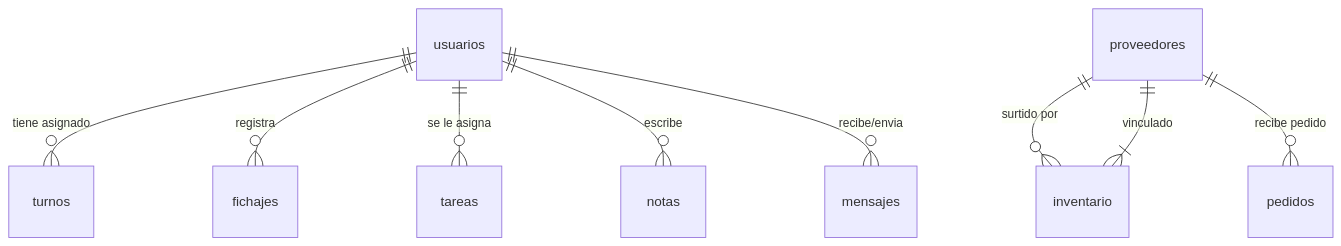
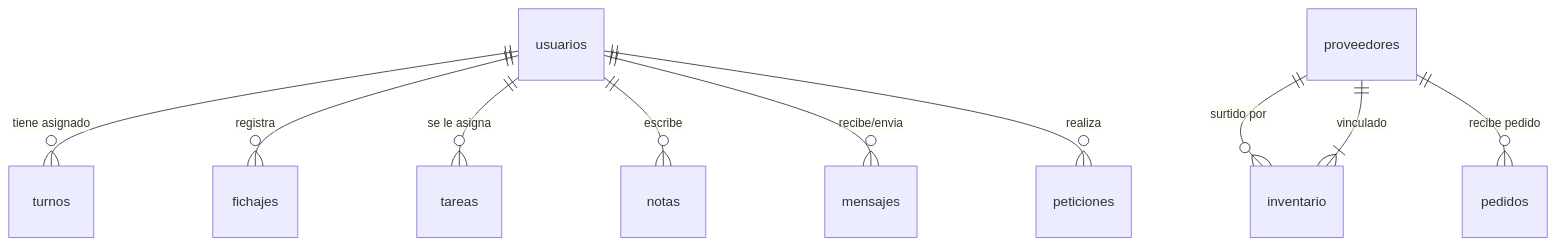
The second of 2 diagrams in agents.md (sepe-beweb/salguacate-erp), drawn with Mermaid before and after one commit. The commit also changed other lines of this file, not shown here.

````diff
--- a/agents.md
+++ b/agents.md
@@ -116,11 +116,12 @@
 ```mermaid
 erDiagram
     usuarios ||--o{ turnos : "tiene asignado"
     usuarios ||--o{ fichajes : "registra"
     usuarios ||--o{ tareas : "se le asigna"
     usuarios ||--o{ notas : "escribe"
     usuarios ||--o{ mensajes : "recibe/envia"
+    usuarios ||--o{ peticiones : "realiza"
     proveedores ||--o{ inventario : "surtido por"
     proveedores ||--o{ pedidos : "recibe pedido"
     inventario }|--|| proveedores : "vinculado"
 ```
````
